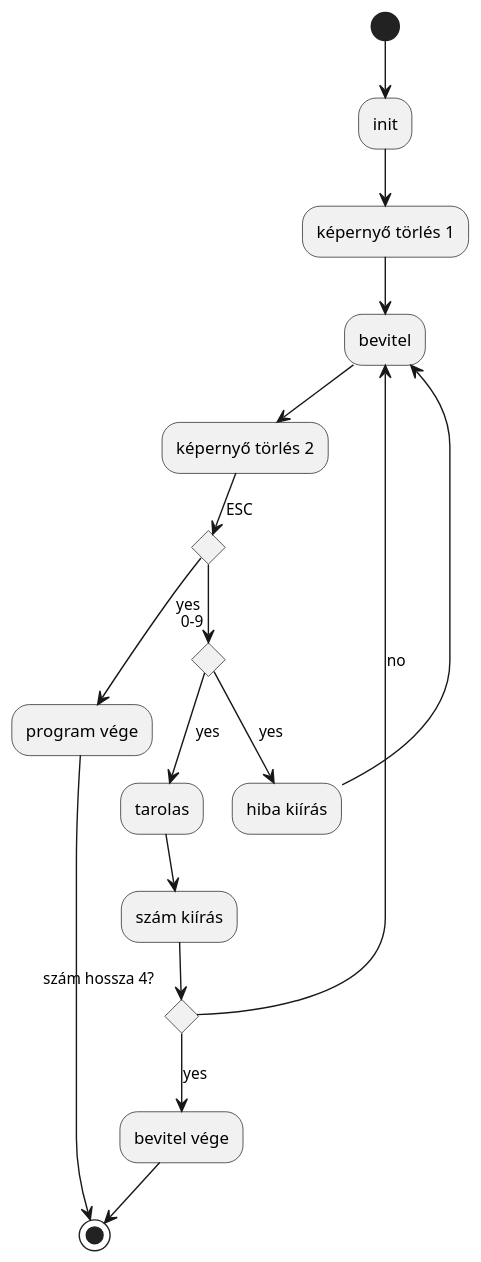
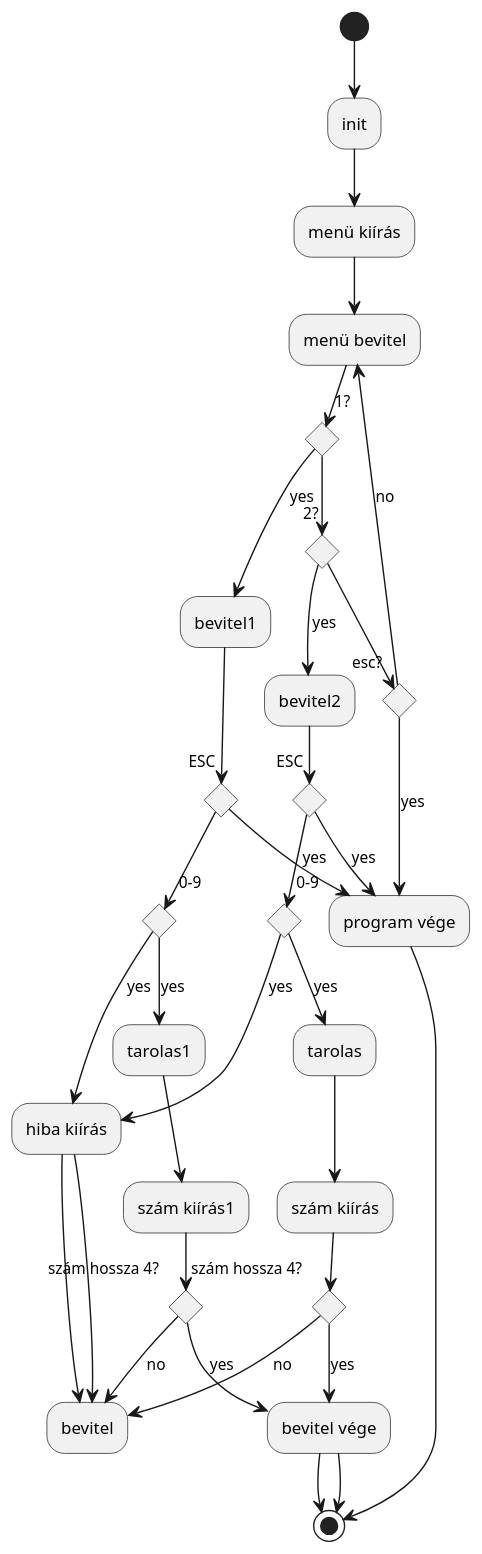
The diagram in 003--orai-feladat-2/diagram.puml (dosabalint/2021-01--archi-2), drawn with PlantUML before and after one commit. The commit also changed 2 other files, not shown here.

Commit message:
003 bevitel1 ok

```diff
--- a/003--orai-feladat-2/diagram.puml
+++ b/003--orai-feladat-2/diagram.puml
@@ -1,34 +1,67 @@
 @startuml
 scale 1.2
 
 (*) --> init
-"init" --> képernyő törlés 1
-"képernyő törlés 1" --> bevitel
-"bevitel" --> képernyő törlés 2
+"init" --> menü kiírás
+"menü kiírás" --> menü bevitel
+if 1? then
+    -->[yes] bevitel1
+    if "ESC" then
+        -->[yes] program vége
+    else  
 
-if "ESC" then
-    -->[yes] program vége
-else  
+        if "0-9" then
+        -->[yes] tarolas1
+        -->szám kiírás1
+            
+            if "szám hossza 4?"
+            -->[yes] bevitel vége
+            --> (*)
+            else 
+            -->[no] bevitel
+            endif
+        
+        else
+        -->[yes] hiba kiírás
+        --> bevitel
+        endif
 
-    if "0-9" then
-    -->[yes] tarolas
-    -->szám kiírás
-        
-        if "szám hossza 4?"
-        -->[yes] bevitel vége
-        --> (*)
-        else 
-        -->[no] bevitel
+    endif
+else 
+    if 2? then
+        -->[yes] bevitel2
+        if "ESC" then
+            -->[yes] program vége
+        else  
+
+            if "0-9" then
+            -->[yes] tarolas
+            -->szám kiírás
+                
+                if "szám hossza 4?"
+                -->[yes] bevitel vége
+                --> (*)
+                else 
+                -->[no] bevitel
+                endif
+            
+            else
+            -->[yes] hiba kiírás
+            --> bevitel
+            endif
+
         endif
-    
     else
-    -->[yes] hiba kiírás
-    --> bevitel
+        if esc? then
+            -->[yes] program vége
+        else
+            -->[no] menü bevitel
+        endif
     endif
+endif
 
-endif
  
  
 "program vége" --> (*)
 
 @enduml
```
